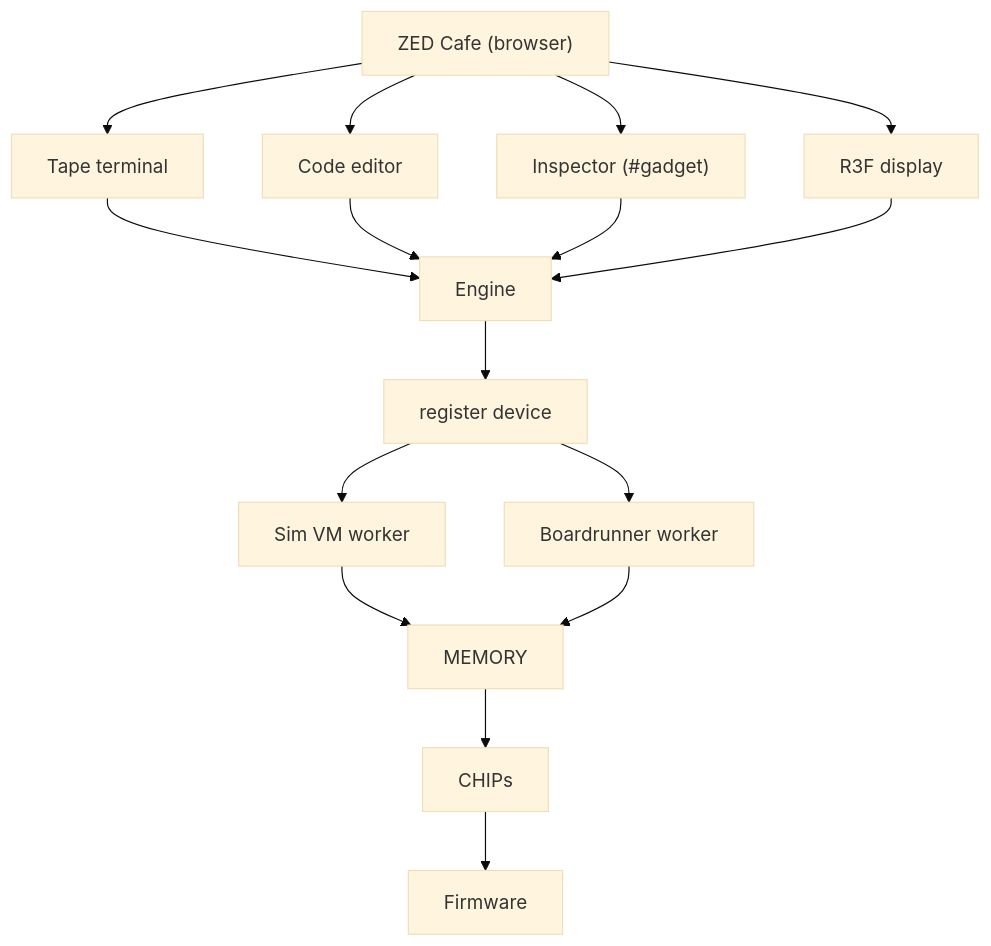
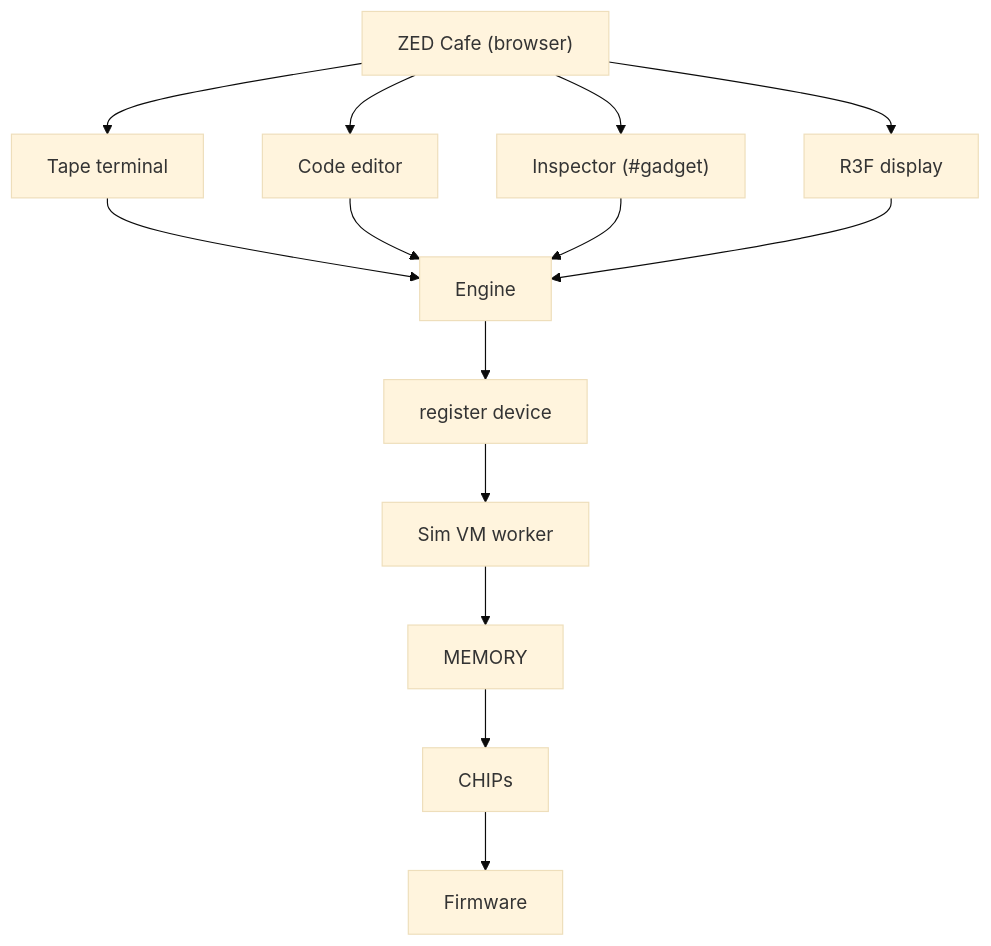
The first of 4 diagrams in docs-site/content/map.mdx (goldbuick/zed-software-system), drawn with Mermaid (base theme) before and after one commit. The commit also changed other lines of this file and 340 other files, not shown here.

````diff
--- a/docs-site/content/map.mdx
+++ b/docs-site/content/map.mdx
@@ -14,30 +14,27 @@
 ```mermaid
 flowchart TB
   zedcafe["ZED Cafe (browser)"]
   tape["Tape terminal"]
   editor["Code editor"]
   inspector["Inspector (#gadget)"]
   display["R3F display"]
   engine["Engine"]
   register["register device"]
   simvm["Sim VM worker"]
-  boardrunner["Boardrunner worker"]
   memory["MEMORY"]
   chips["CHIPs"]
   firmware["Firmware"]
   zedcafe --> tape
   zedcafe --> editor
   zedcafe --> inspector
   zedcafe --> display
   tape --> engine
   editor --> engine
   inspector --> engine
   display --> engine
   engine --> register
   register --> simvm
-  register --> boardrunner
   simvm --> memory
-  boardrunner --> memory
   memory --> chips
   chips --> firmware
 ```
````
